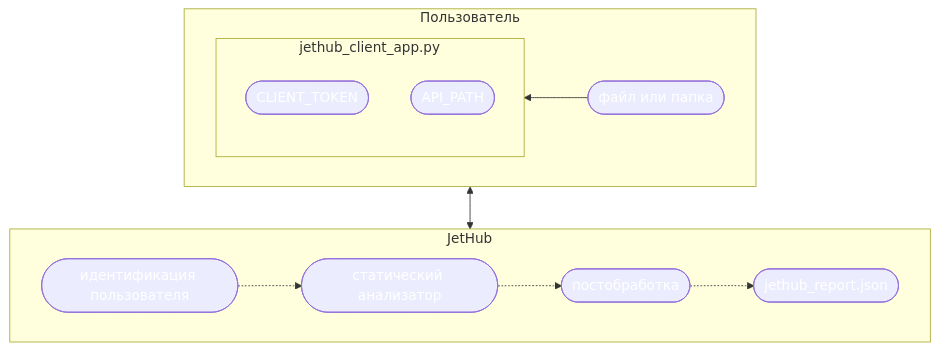
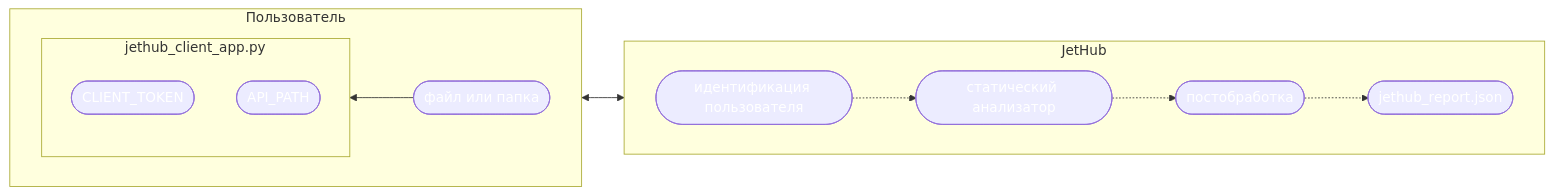
One commit to jethub-tech/docs.jethub.pro changed the diagram in docs/index.md. Above: the diagram before and after it, drawn with Mermaid. The commit also changed other lines of this file, not shown here.

````diff
--- a/docs/index.md
+++ b/docs/index.md
@@ -3,48 +9,48 @@
 ``` mermaid
 %%{init: {"flowchart": {"htmlLabels": false}} }%%
-flowchart TB
+flowchart LR
     subgraph CLIENT [Пользователь]
         style CLIENT color:#fff
         direction RL
 
         subgraph JETHUB_client_app[jethub_client_app.py]
             style JETHUB_client_app color:#fff
 
             client_token([CLIENT_TOKEN])
             style client_token color:#fff
 
             JETHUB_api([API_PATH])
             style JETHUB_api color:#fff
         end
 
         path([файл или папка])
         style path color:#fff
 
         path --> JETHUB_client_app
 
     end
 
     subgraph JETHUB [JetHub]
         style JETHUB color:#fff
         direction LR
 
         identification([идентификация пользователя])
         style identification color:#fff
 
         analizator([статический анализатор])
         style analizator color:#fff
 
         post_processing([постобработка])
         style post_processing color:#fff
 
         report([jethub_report.json])
         style report color:#fff
 
         identification -.-> analizator
         analizator -.-> post_processing
         post_processing -.-> report
 
     end
 
     CLIENT <--> JETHUB
 ```
````
